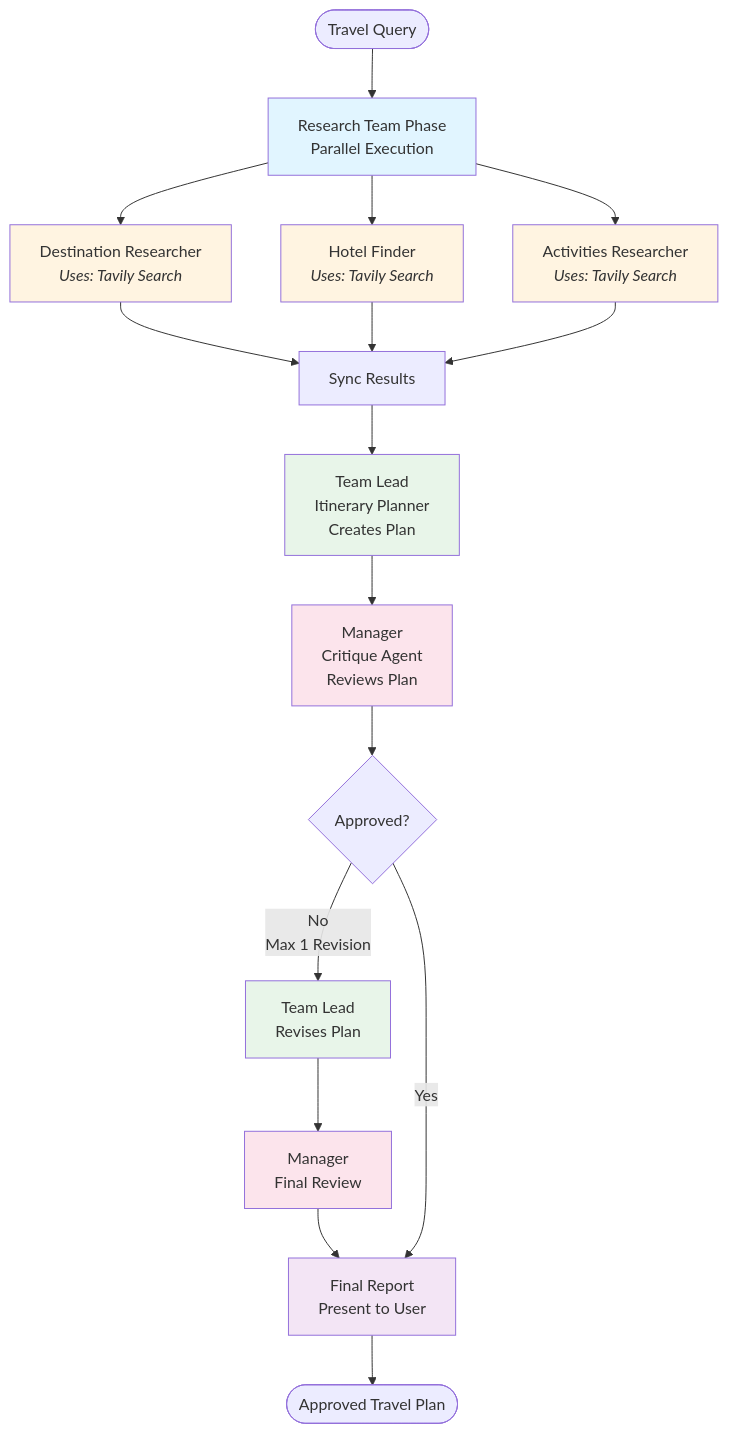
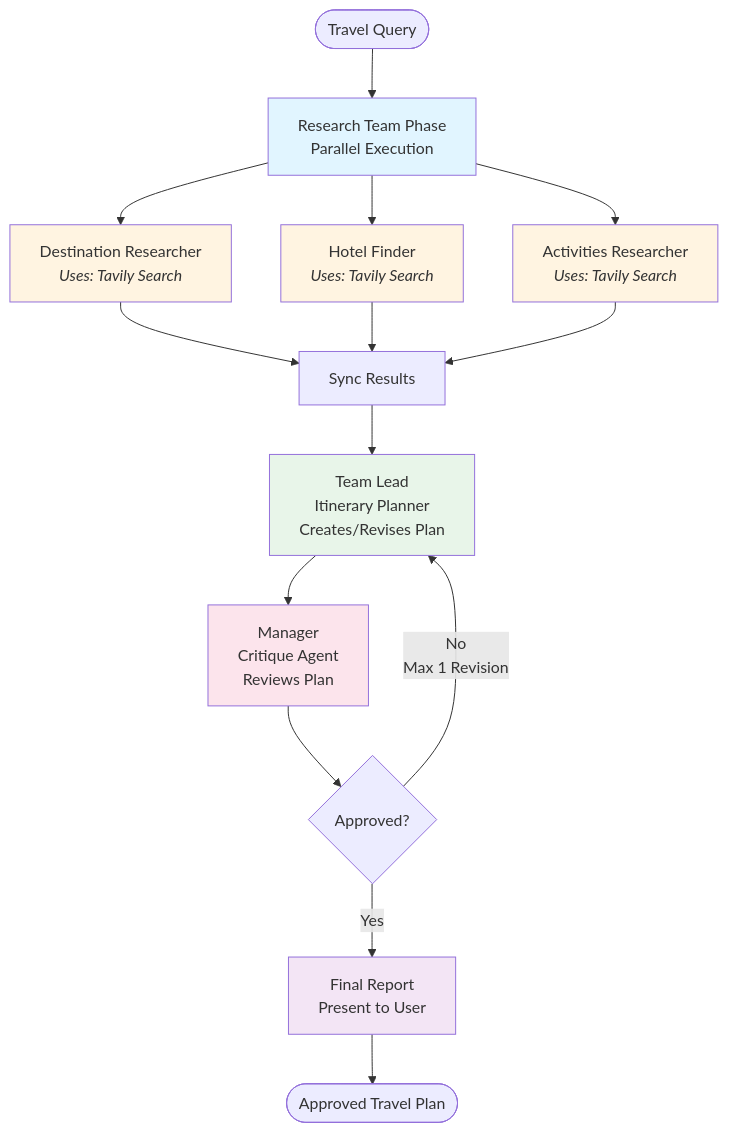
One commit to mcikalmerdeka/agno-langfuse-travel-planner changed the diagram in README.md. Above: the diagram before and after it, drawn with Mermaid.

Commit message:
simplify the mermaid diagram

````diff
--- a/README.md
+++ b/README.md
@@ -62,36 +62,31 @@
 ```mermaid
 graph TD
     Start([Travel Query]) --> Research[Research Team Phase<br/>Parallel Execution]
 
     Research --> DR[Destination Researcher<br/><i>Uses: Tavily Search</i>]
     Research --> HF[Hotel Finder<br/><i>Uses: Tavily Search</i>]
     Research --> AR[Activities Researcher<br/><i>Uses: Tavily Search</i>]
 
     DR --> Sync[Sync Results]
     HF --> Sync
     AR --> Sync
 
-    Sync --> TL1[Team Lead<br/>Itinerary Planner<br/>Creates Plan]
+    Sync --> TL[Team Lead<br/>Itinerary Planner<br/>Creates/Revises Plan]
 
-    TL1 --> MR1[Manager<br/>Critique Agent<br/>Reviews Plan]
+    TL --> MR[Manager<br/>Critique Agent<br/>Reviews Plan]
 
-    MR1 --> Decision{Approved?}
+    MR --> Decision{Approved?}
 
-    Decision -->|No<br/>Max 1 Revision| TL2[Team Lead<br/>Revises Plan]
-    TL2 --> MR2[Manager<br/>Final Review]
-    MR2 --> Final
-
+    Decision -->|No<br/>Max 1 Revision| TL
     Decision -->|Yes| Final[Final Report<br/>Present to User]
 
     Final --> End([Approved Travel Plan])
 
     style Research fill:#e1f5ff
     style DR fill:#fff4e1
     style HF fill:#fff4e1
     style AR fill:#fff4e1
-    style TL1 fill:#e8f5e9
-    style TL2 fill:#e8f5e9
-    style MR1 fill:#fce4ec
-    style MR2 fill:#fce4ec
+    style TL fill:#e8f5e9
+    style MR fill:#fce4ec
     style Final fill:#f3e5f5
 ```
````
